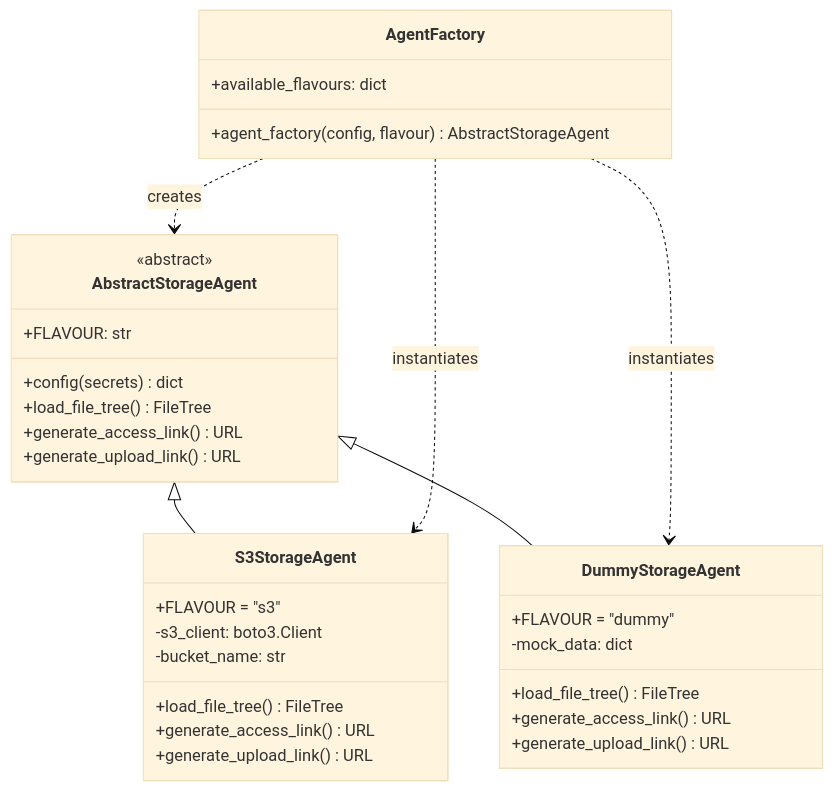
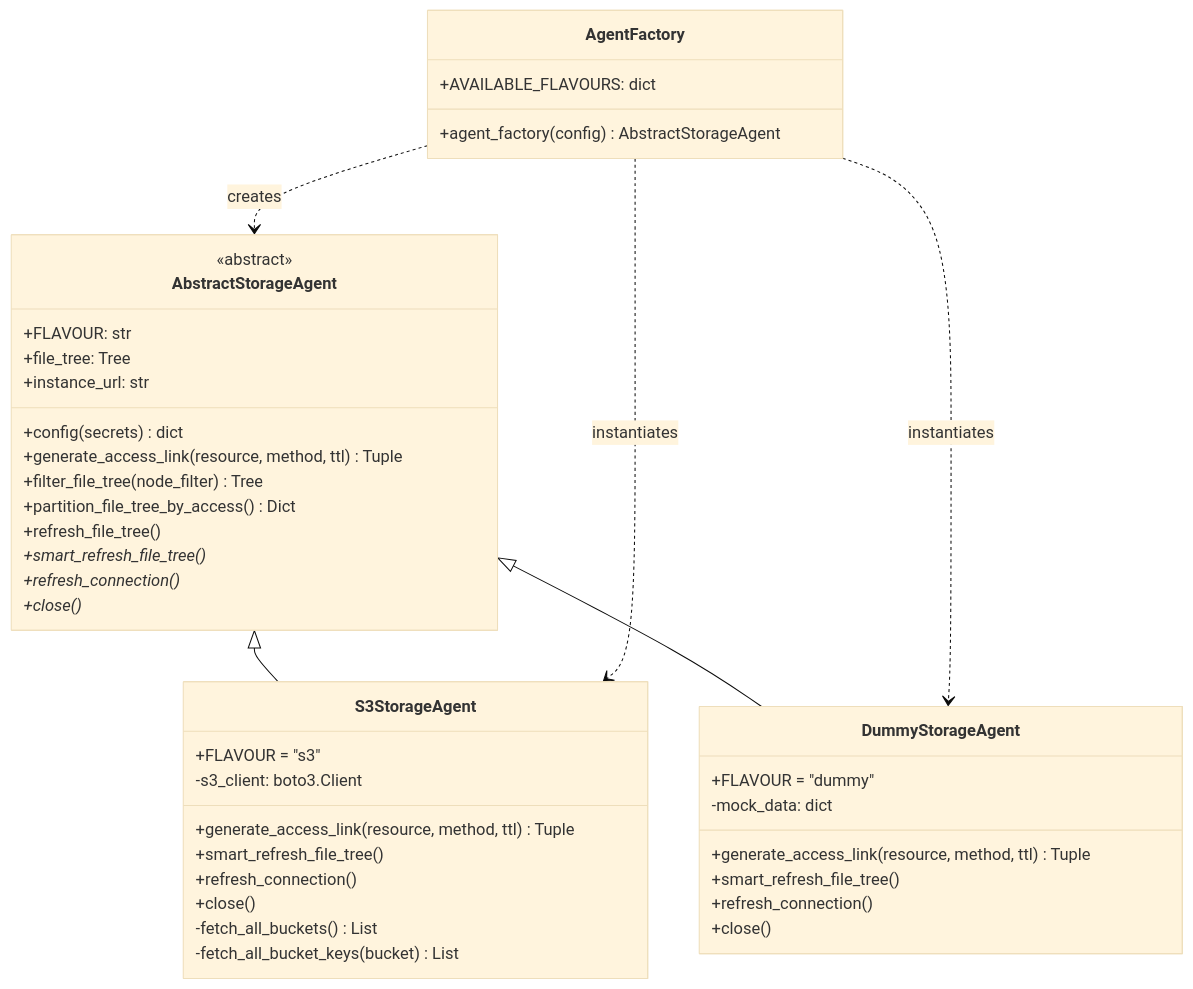
The third of 5 diagrams in docs/diagrams/component-architecture.md (INN-SFU/Data-Portal), drawn with Mermaid (base theme) before and after one commit. The commit also changed other lines of this file and 2 other files, not shown here.

Commit message:
docs: diagram updates

````diff
--- a/docs/diagrams/component-architecture.md
+++ b/docs/diagrams/component-architecture.md
@@ -110,39 +149,48 @@
 ```mermaid
 classDiagram
     class AbstractStorageAgent {
         <<abstract>>
         +FLAVOUR: str
+        +file_tree: Tree
+        +instance_url: str
         +config(secrets) dict
-        +load_file_tree() FileTree
-        +generate_access_link() URL
-        +generate_upload_link() URL
+        +generate_access_link(resource, method, ttl) Tuple
+        +filter_file_tree(node_filter) Tree
+        +partition_file_tree_by_access() Dict
+        +refresh_file_tree()
+        +smart_refresh_file_tree()*
+        +refresh_connection()*
+        +close()*
     }
 
     class S3StorageAgent {
         +FLAVOUR = "s3"
         -s3_client: boto3.Client
-        -bucket_name: str
-        +load_file_tree() FileTree
-        +generate_access_link() URL
-        +generate_upload_link() URL
+        +generate_access_link(resource, method, ttl) Tuple
+        +smart_refresh_file_tree()
+        +refresh_connection()
+        +close()
+        -fetch_all_buckets() List
+        -fetch_all_bucket_keys(bucket) List
     }
 
     class DummyStorageAgent {
         +FLAVOUR = "dummy"
         -mock_data: dict
-        +load_file_tree() FileTree
-        +generate_access_link() URL
-        +generate_upload_link() URL
+        +generate_access_link(resource, method, ttl) Tuple
+        +smart_refresh_file_tree()
+        +refresh_connection()
+        +close()
     }
 
     class AgentFactory {
-        +agent_factory(config, flavour) AbstractStorageAgent
-        +available_flavours: dict
+        +agent_factory(config) AbstractStorageAgent
+        +AVAILABLE_FLAVOURS: dict
     }
 
     AbstractStorageAgent <|-- S3StorageAgent
     AbstractStorageAgent <|-- DummyStorageAgent
     AgentFactory ..> AbstractStorageAgent : creates
     AgentFactory ..> S3StorageAgent : instantiates
     AgentFactory ..> DummyStorageAgent : instantiates
 ```
````
